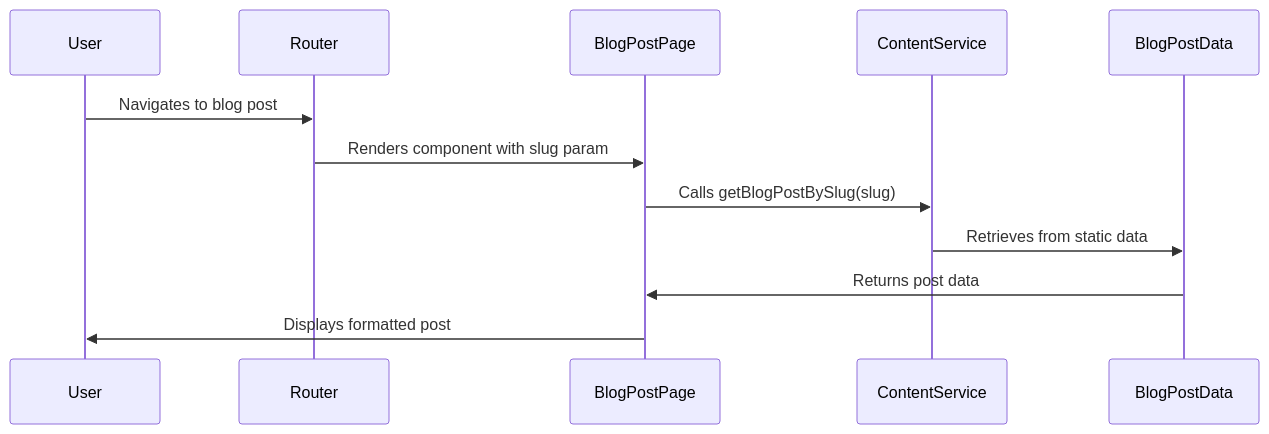
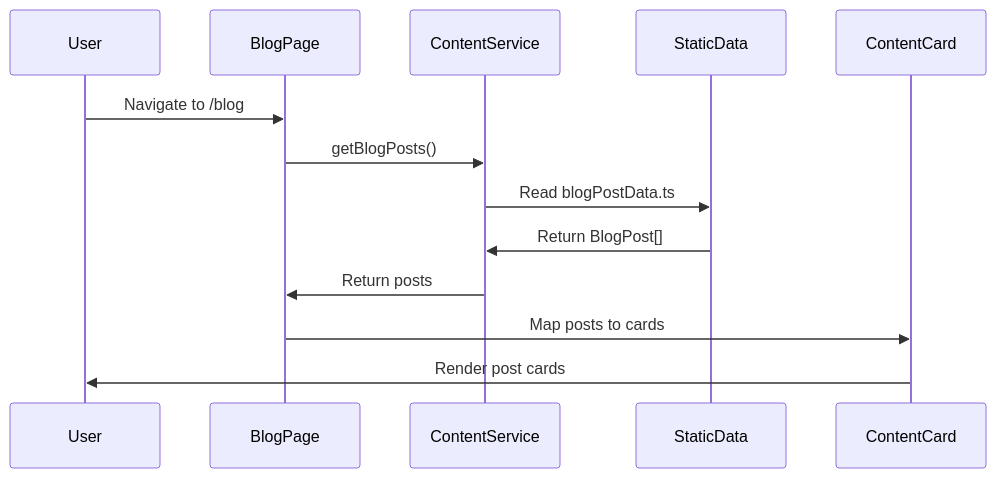
One commit to tatavarthiv/vijay-blog changed the second of 3 diagrams in memory-bank/systemPatterns.md. Above: the diagram before and after it, drawn with Mermaid. The commit also changed other lines of this file and 25 other files, not shown here.

Commit message:
- finalized UI - added newsletter and about me sections - large refactor of card container to be used across all pages - large refactor of index.css including renaming classes and organization - updated memory bank to reflect current state of project and future plans to migrate data flow to supabase

````diff
--- a/memory-bank/systemPatterns.md
+++ b/memory-bank/systemPatterns.md
@@ -103,9 +265,10 @@
 ```mermaid
 sequenceDiagram
-    User->>Router: Navigates to blog post
-    Router->>BlogPostPage: Renders component with slug param
-    BlogPostPage->>ContentService: Calls getBlogPostBySlug(slug)
-    ContentService->>BlogPostData: Retrieves from static data
-    BlogPostData->>BlogPostPage: Returns post data
-    BlogPostPage->>User: Displays formatted post
+    User->>BlogPage: Navigate to /blog
+    BlogPage->>ContentService: getBlogPosts()
+    ContentService->>StaticData: Read blogPostData.ts
+    StaticData->>ContentService: Return BlogPost[]
+    ContentService->>BlogPage: Return posts
+    BlogPage->>ContentCard: Map posts to cards
+    ContentCard->>User: Render post cards
 ```
````
